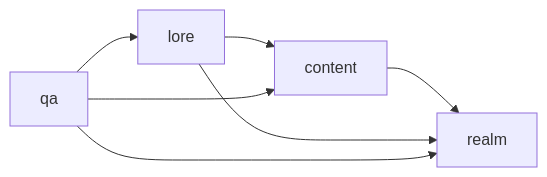
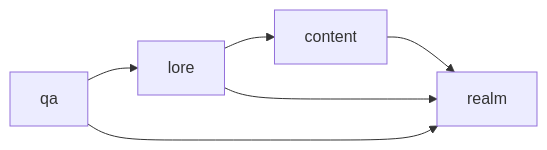
Before and after one commit to sogekingdabest/codex-of-realms: the second of 4 diagrams in docs/architecture/ARCHITECTURE.md, drawn with Mermaid. The commit also changed other lines of this file and 39 other files, not shown here.

````diff
--- a/docs/architecture/ARCHITECTURE.md
+++ b/docs/architecture/ARCHITECTURE.md
@@ -45,9 +45,8 @@
 ```mermaid
 flowchart LR
     CONTENT[content] --> REALM[realm]
     LORE[lore] --> REALM
     LORE --> CONTENT
     QA[qa] --> REALM
-    QA --> CONTENT
     QA --> LORE
 ```
````
